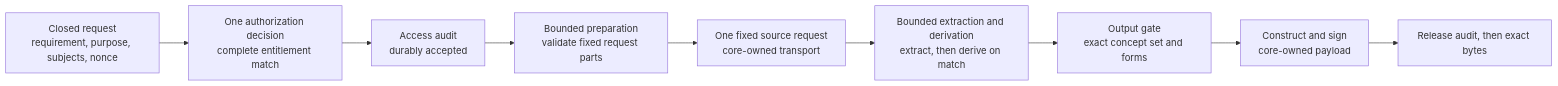
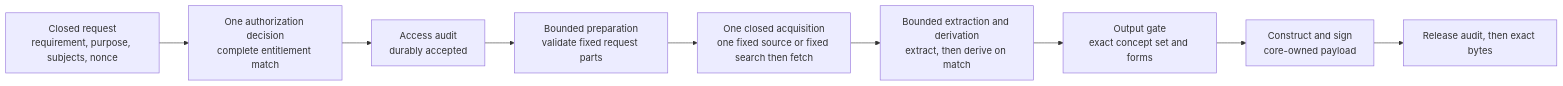
Before and after one commit to registrystack/registry-stack: the diagram in docs/site/src/content/docs/spec/rs-pr-evidence.mdx, drawn with Mermaid. The commit also changed other lines of this file and 15 other files, not shown here.

````diff
--- a/docs/site/src/content/docs/spec/rs-pr-evidence.mdx
+++ b/docs/site/src/content/docs/spec/rs-pr-evidence.mdx
@@ -223,13 +224,13 @@
 ```mermaid
 flowchart LR
     request["Closed request<br/>requirement, purpose, subjects, nonce"]
     authz["One authorization decision<br/>complete entitlement match"]
     access["Access audit<br/>durably accepted"]
     prepare["Bounded preparation<br/>validate fixed request parts"]
-    source["One fixed source request<br/>core-owned transport"]
+    source["One closed acquisition<br/>one fixed source or fixed search then fetch"]
     derive["Bounded extraction and derivation<br/>extract, then derive on match"]
     gate["Output gate<br/>exact concept set and forms"]
     sign["Construct and sign<br/>core-owned payload"]
     release["Release audit, then exact bytes"]
     request --> authz --> access --> prepare --> source --> derive --> gate --> sign --> release
 ```
````
